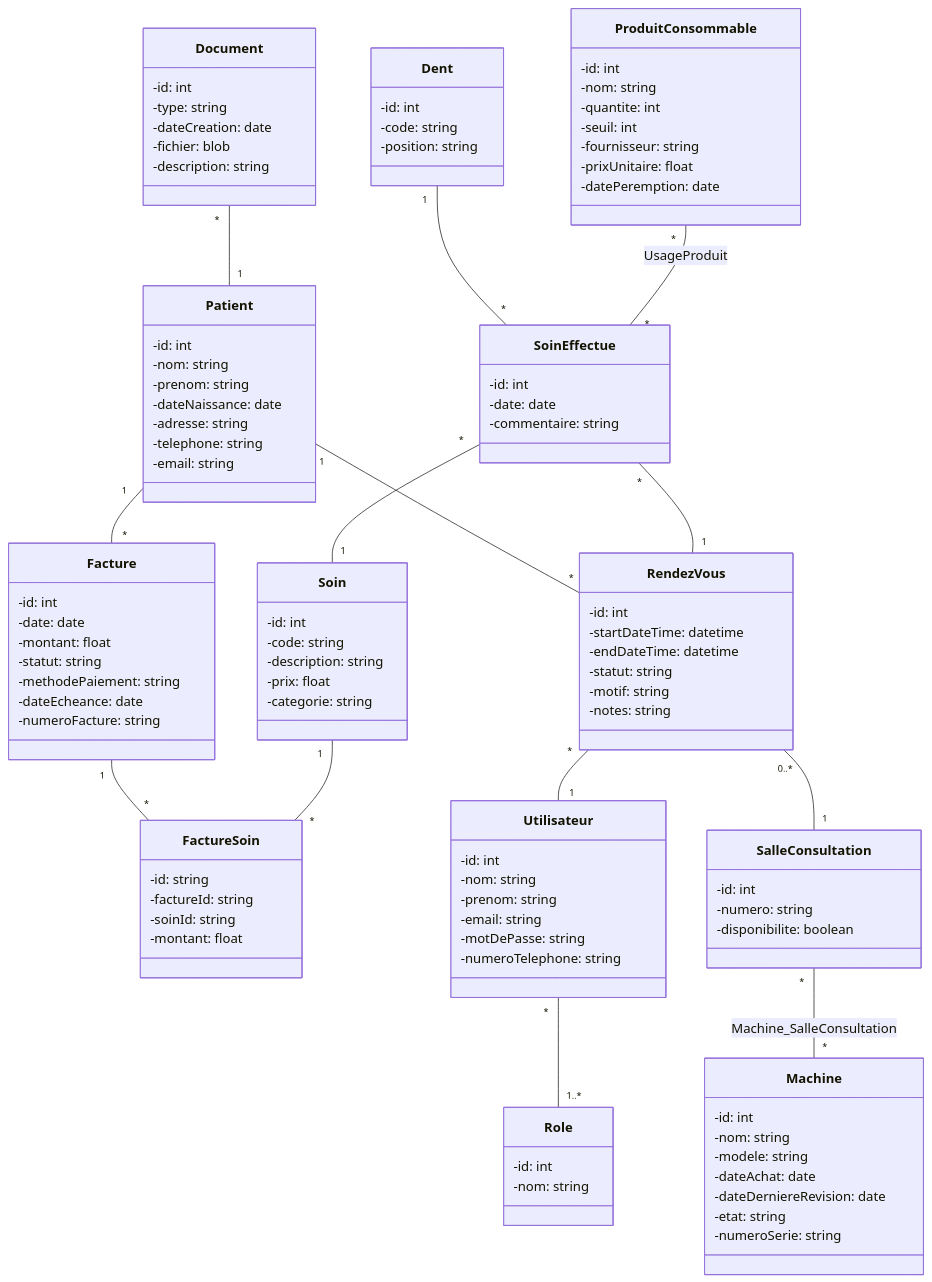
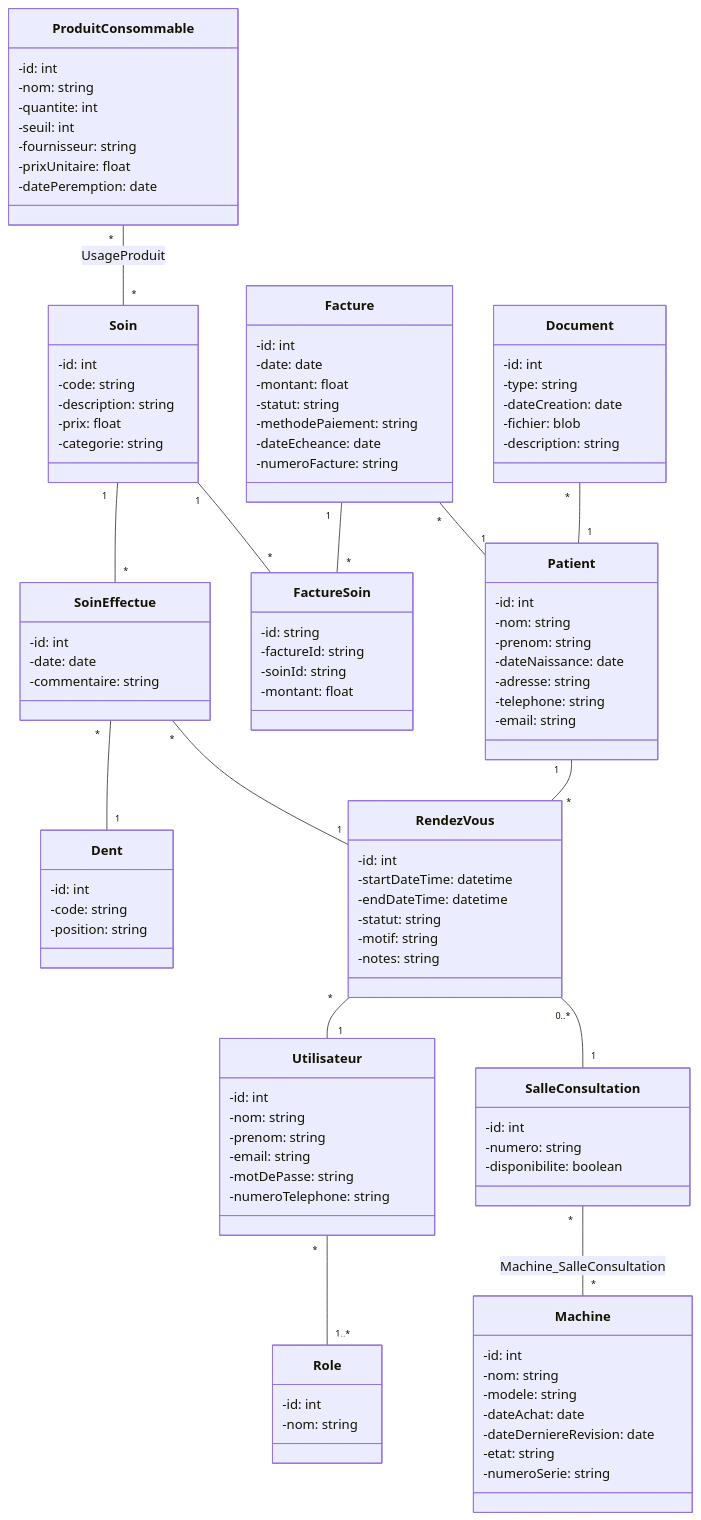
One commit to hadarisas/cabinet_dentaire_backend changed the diagram in conception/edited_class_diagram.mermaid. Above: the diagram before and after it, drawn with Mermaid. The commit also changed 224 other files, not shown here.

Commit message:
adding facture and factureSoin logic and routes

```diff
--- a/conception/edited_class_diagram.mermaid
+++ b/conception/edited_class_diagram.mermaid
@@ -1,114 +1,114 @@
 classDiagram
     class Patient {
         -id: int
         -nom: string
         -prenom: string
         -dateNaissance: date
         -adresse: string
         -telephone: string
         -email: string
     }
     
     class Document {
         -id: int
         -type: string
         -dateCreation: date
         -fichier: blob
         -description: string
     }
     class Facture {
         -id: int
         -date: date
         -montant: float
         -statut: string
         -methodePaiement: string
         -dateEcheance: date
         -numeroFacture: string
     }
     
     class Soin {
         -id: int
         -code: string
         -description: string
         -prix: float
         -categorie: string
     }
     class FactureSoin {
         -id: string
         -factureId: string
         -soinId: string
         -montant: float
     }
     class Dent {
         -id: int
         -code: string
         -position: string
     }
     class RendezVous {
         -id: int
         -startDateTime: datetime
         -endDateTime: datetime
         -statut: string
         -motif: string
         -notes: string
     }
     class SalleConsultation {
         -id: int
         -numero: string
         -disponibilite: boolean
     }
     class Machine {
         -id: int
         -nom: string
         -modele: string
         -dateAchat: date
         -dateDerniereRevision: date
         -etat: string
         -numeroSerie: string
     }
     class ProduitConsommable {
         -id: int
         -nom: string
         -quantite: int
         -seuil: int
         -fournisseur: string
         -prixUnitaire: float
         -datePeremption: date
     }
     class Utilisateur {
         -id: int
         -nom: string
         -prenom: string
         -email: string
         -motDePasse: string
         -numeroTelephone: string
     }
     class Role {
         -id: int
         -nom: string
     }
     class SoinEffectue {
         -id: int
         -date: date
         -commentaire: string
     }
 
  
     Patient "1" -- "*" RendezVous 
     RendezVous "*" -- "1" Utilisateur
     SoinEffectue "*" -- "1" RendezVous
     
-    SoinEffectue "*" -- "1" Soin
-    Dent "1" -- "*" SoinEffectue
+    Soin "1" -- "*" SoinEffectue
+    SoinEffectue "*" -- "1" Dent
 
     RendezVous "0..*" -- "1" SalleConsultation
     SalleConsultation "*" -- "*" Machine : Machine_SalleConsultation
 
-    ProduitConsommable "*" -- "*" SoinEffectue : UsageProduit
+    ProduitConsommable "*" -- "*" Soin : UsageProduit
 
     Document "*" -- "1" Patient
-    Patient "1" -- "*" Facture
+    Facture "*" -- "1" Patient
     Facture "1" -- "*" FactureSoin
     Soin "1" -- "*" FactureSoin
 
     Utilisateur "*" -- "1..*" Role
```
